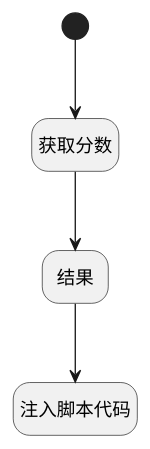
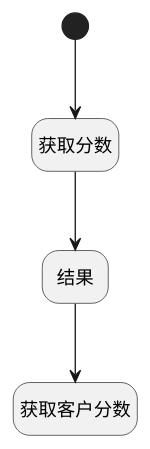
Before and after one commit to iBizLab/plm: the diagram in doc/docsify/module/ProdMgmt/idea/uilogic/get_customer_score.md, drawn with PlantUML. The commit also changed other lines of this file and 1778 other files, not shown here.

````diff
--- a/doc/docsify/module/ProdMgmt/idea/uilogic/get_customer_score.md
+++ b/doc/docsify/module/ProdMgmt/idea/uilogic/get_customer_score.md
@@ -7,23 +7,23 @@
 ```plantuml
 @startuml
 hide footbox
 <style>
 root {
   HyperlinkColor #42b983
 }
 </style>
 
 hide empty description
 state "开始" as Begin <<start>> [[$./get_customer_score#begin {开始}]]
 state "获取分数" as DEACTION1  [[$./get_customer_score#deaction1 {获取分数}]]
-state "注入脚本代码" as RAWJSCODE1  [[$./get_customer_score#rawjscode1 {注入脚本代码}]]
+state "获取客户分数" as RAWJSCODE1  [[$./get_customer_score#rawjscode1 {获取客户分数}]]
 state "结果" as DEBUGPARAM1  [[$./get_customer_score#debugparam1 {结果}]]
 
 
 Begin --> DEACTION1
 DEACTION1 --> DEBUGPARAM1
 DEBUGPARAM1 --> RAWJSCODE1
 
 
 @enduml
 ```
````
